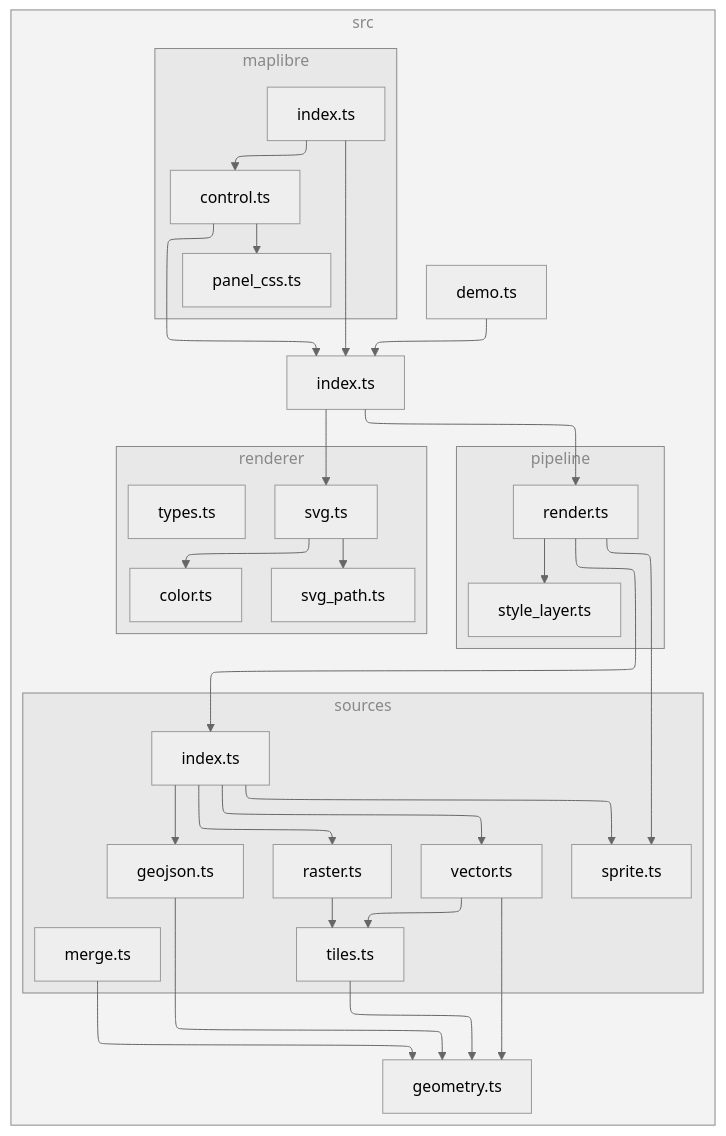
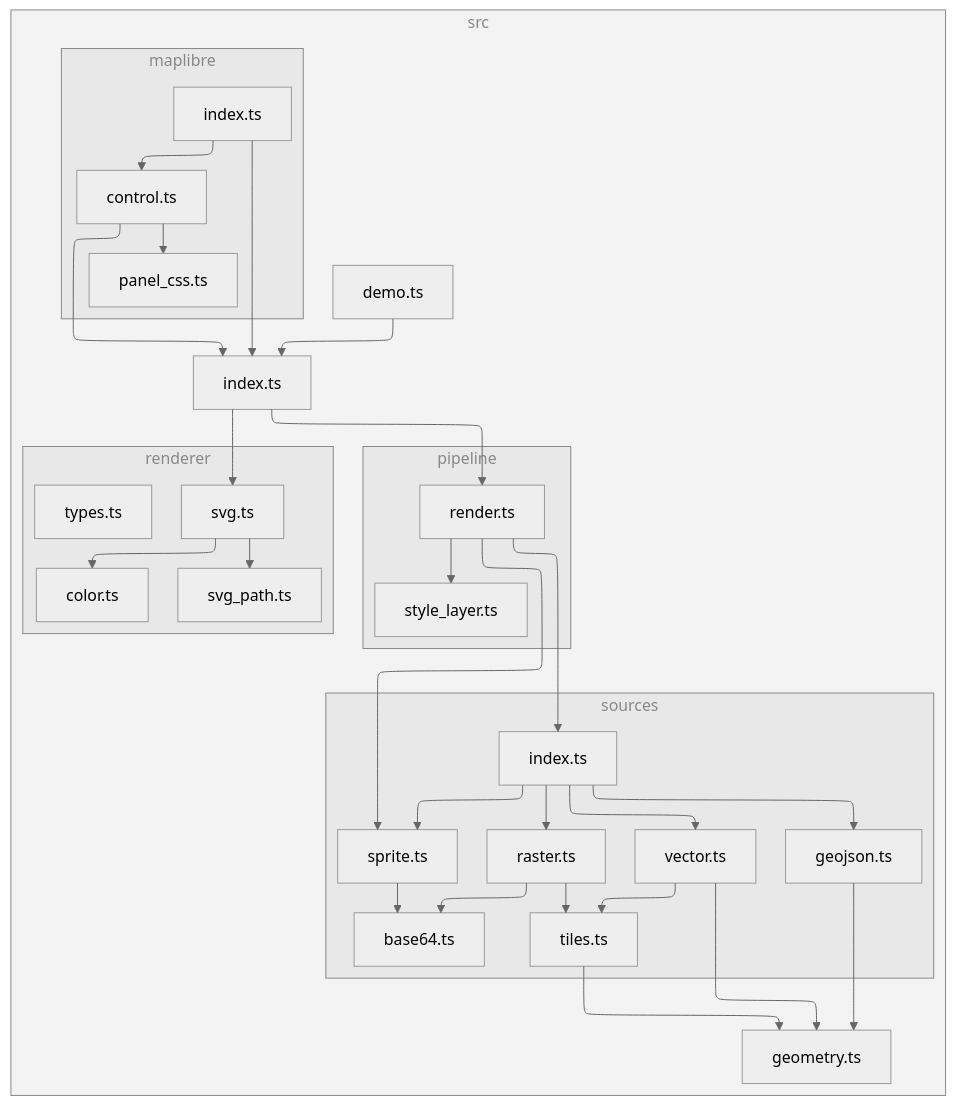
The diagram in README.md (versatiles-org/versatiles-svg-renderer), drawn with Mermaid (neutral theme) before and after one commit. The commit also changed other lines of this file and 3 other files, not shown here.

````diff
--- a/README.md
+++ b/README.md
@@ -145,62 +145,63 @@
 ```mermaid
 ---
 config:
   layout: elk
 ---
 flowchart TB
 
 subgraph 0["src"]
 1["demo.ts"]
 2["index.ts"]
 subgraph 3["pipeline"]
 4["render.ts"]
-D["style_layer.ts"]
+E["style_layer.ts"]
 end
 subgraph 5["sources"]
 6["index.ts"]
 7["geojson.ts"]
 9["raster.ts"]
-A["tiles.ts"]
-B["sprite.ts"]
-C["vector.ts"]
-N["merge.ts"]
+A["base64.ts"]
+B["tiles.ts"]
+C["sprite.ts"]
+D["vector.ts"]
 end
 8["geometry.ts"]
-subgraph E["renderer"]
-F["svg.ts"]
-G["color.ts"]
-H["svg_path.ts"]
-M["types.ts"]
+subgraph F["renderer"]
+G["svg.ts"]
+H["color.ts"]
+I["svg_path.ts"]
+N["types.ts"]
 end
-subgraph I["maplibre"]
-J["control.ts"]
-K["panel_css.ts"]
-L["index.ts"]
+subgraph J["maplibre"]
+K["control.ts"]
+L["panel_css.ts"]
+M["index.ts"]
 end
 end
 1-->2
 2-->4
-2-->F
+2-->G
 4-->6
-4-->B
-4-->D
+4-->C
+4-->E
 6-->7
 6-->9
-6-->B
 6-->C
+6-->D
 7-->8
 9-->A
-A-->8
-C-->8
+9-->B
+B-->8
 C-->A
-F-->G
-F-->H
-J-->2
-J-->K
-L-->2
-L-->J
-N-->8
+D-->8
+D-->B
+G-->H
+G-->I
+K-->2
+K-->L
+M-->2
+M-->K
 
-class 0,3,5,E,I subgraphs;
+class 0,3,5,F,J subgraphs;
 classDef subgraphs fill-opacity:0.1, fill:#888, color:#888, stroke:#888;
 ```
````
